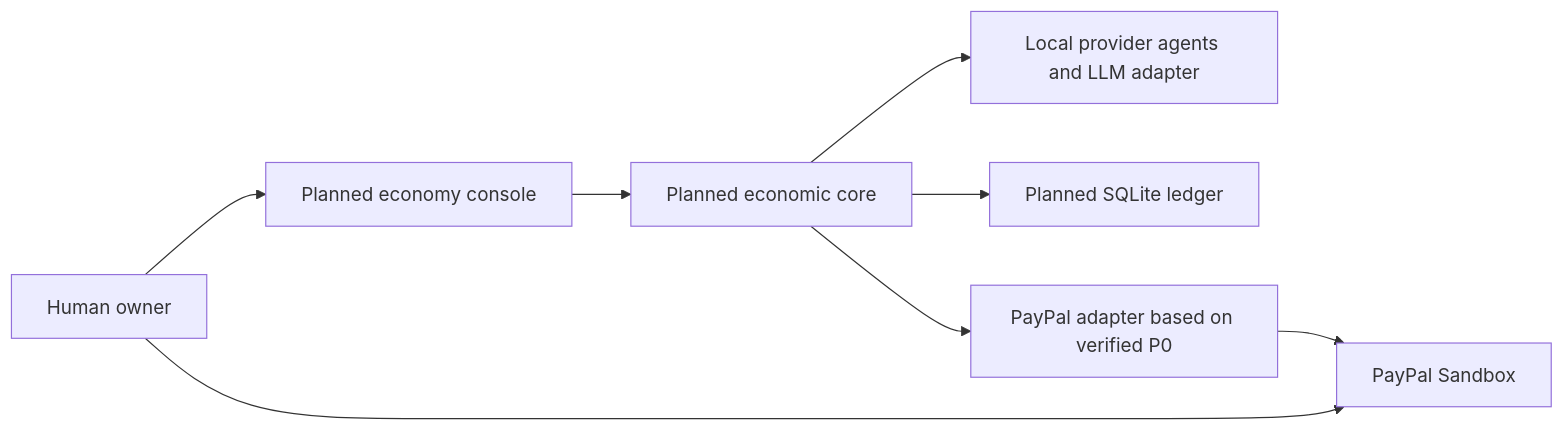
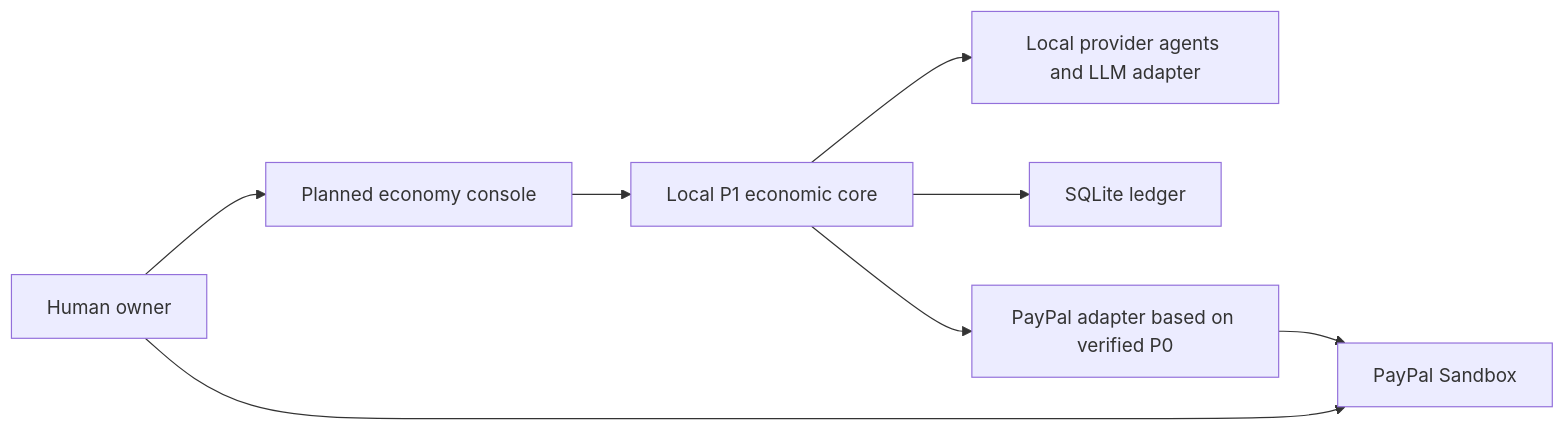
The diagram in README.md (weihong363/credence), drawn with Mermaid before and after one commit. The commit also changed other lines of this file and 53 other files, not shown here.

Commit message:
Implement P1 local procurement core and record live verification

````diff
--- a/README.md
+++ b/README.md
@@ -33,10 +34,10 @@
 ```mermaid
 flowchart LR
   Owner[Human owner] --> Console[Planned economy console]
-  Console --> Core[Planned economic core]
+  Console --> Core[Local P1 economic core]
   Core --> Providers[Local provider agents and LLM adapter]
-  Core --> DB[Planned SQLite ledger]
+  Core --> DB[SQLite ledger]
   Core --> Payment[PayPal adapter based on verified P0]
   Payment --> Sandbox[PayPal Sandbox]
   Owner --> Sandbox
 ```
````
